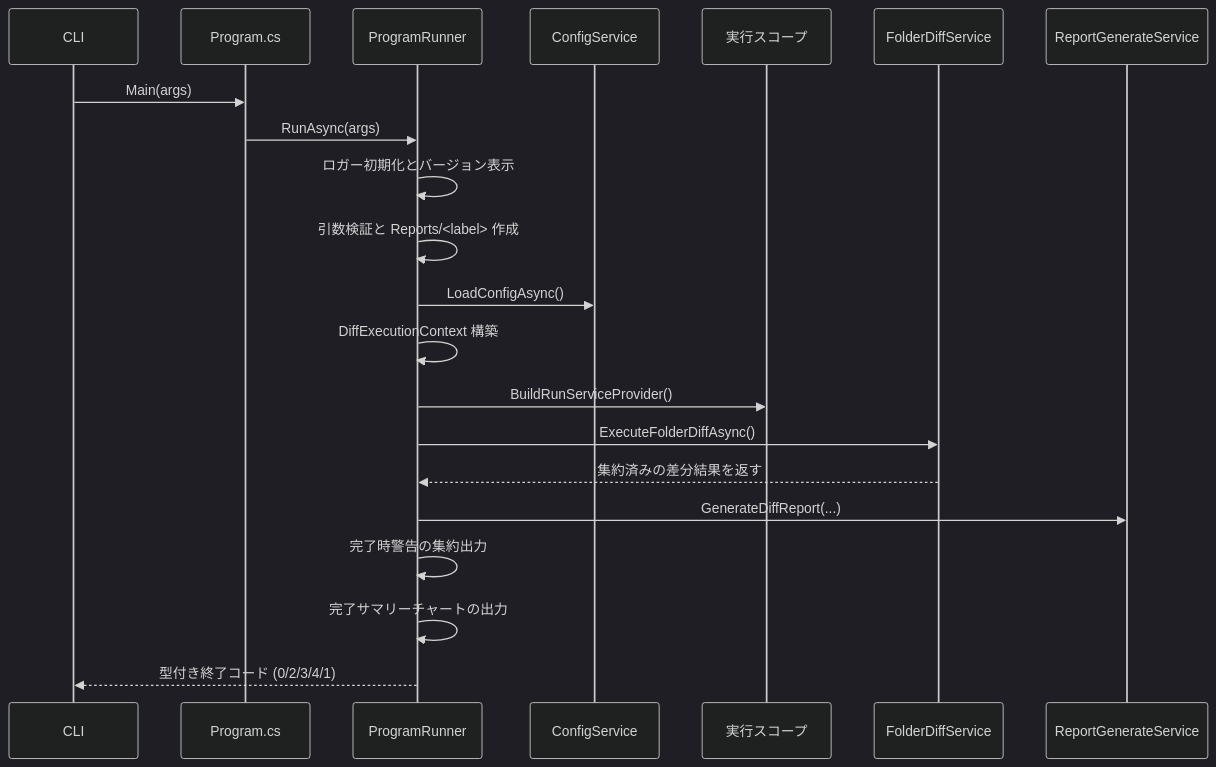
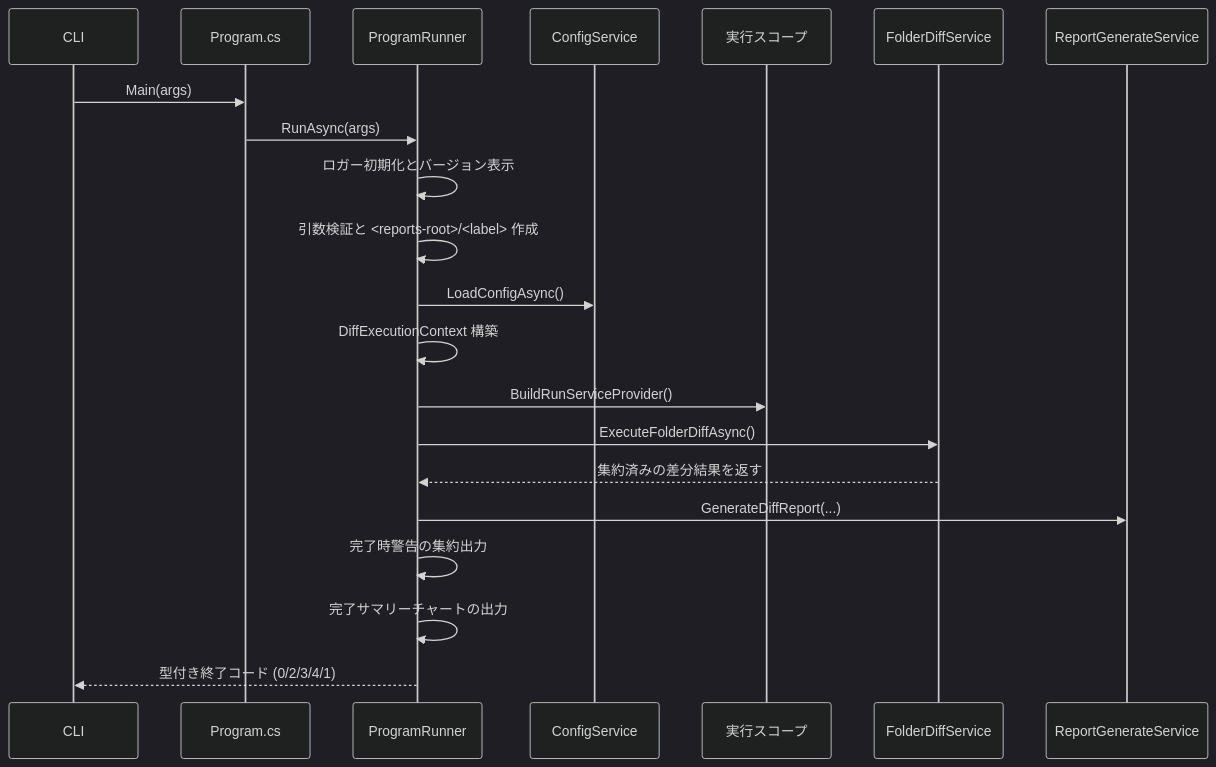
Before and after one commit to Widthdom/FolderDiffIL4DotNet: the ninth of 12 diagrams in doc/DEVELOPER_GUIDE.md, drawn with Mermaid (dark theme). The commit also changed other lines of this file and 24 other files, not shown here.

````diff
--- a/doc/DEVELOPER_GUIDE.md
+++ b/doc/DEVELOPER_GUIDE.md
@@ -1286,24 +1286,24 @@
 ```mermaid
 sequenceDiagram
     participant CLI as CLI
     participant Program as Program.cs
     participant Runner as ProgramRunner
     participant Config as ConfigService
     participant Scope as 実行スコープ
     participant Diff as FolderDiffService
     participant Report as ReportGenerateService
 
     CLI->>Program: Main(args)
     Program->>Runner: RunAsync(args)
     Runner->>Runner: ロガー初期化とバージョン表示
-    Runner->>Runner: 引数検証と Reports/<label> 作成
+    Runner->>Runner: 引数検証と <reports-root>/<label> 作成
     Runner->>Config: LoadConfigAsync()
     Runner->>Runner: DiffExecutionContext 構築
     Runner->>Scope: BuildRunServiceProvider()
     Runner->>Diff: ExecuteFolderDiffAsync()
     Diff-->>Runner: 集約済みの差分結果を返す
     Runner->>Report: GenerateDiffReport(...)
     Runner->>Runner: 完了時警告の集約出力
     Runner->>Runner: 完了サマリーチャートの出力
     Runner-->>CLI: 型付き終了コード (0/2/3/4/1)
 ```
````
